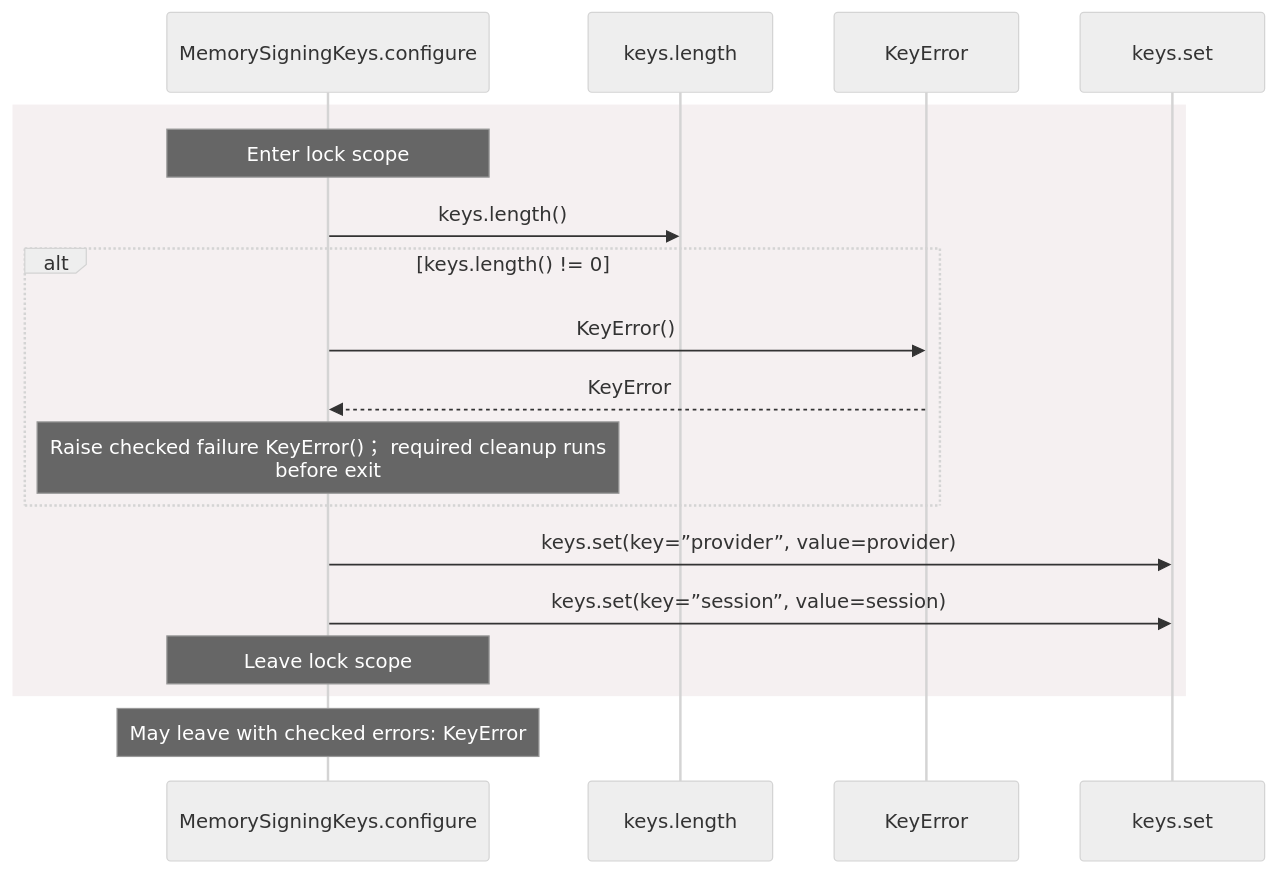
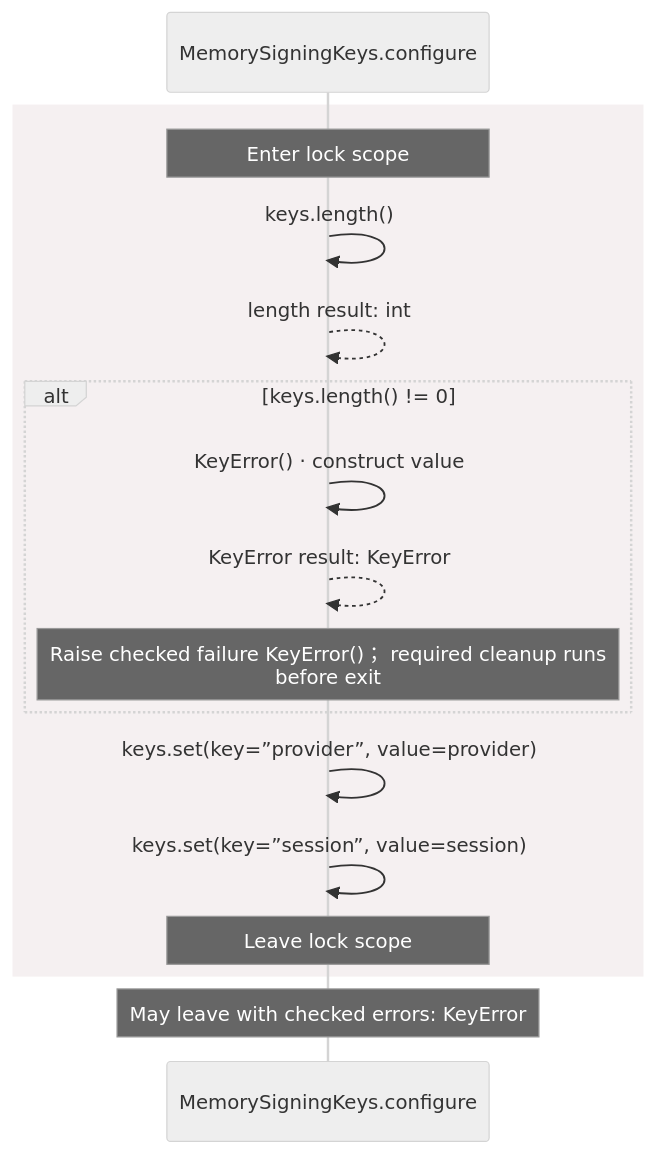
The third of 6 diagrams in docs/examples/oidc-login/common/keys-diagrams.md (GreenPandaStudios/augscript), drawn with Mermaid (neutral theme) before and after one commit. The commit also changed other lines of this file and 304 other files, not shown here.

Commit message:
Make generated data-flow sequences concise and review every diagram

````diff
--- a/docs/examples/oidc-login/common/keys-diagrams.md
+++ b/docs/examples/oidc-login/common/keys-diagrams.md
@@ -111,20 +88,19 @@
 ```mermaid
 sequenceDiagram
     participant p0 as MemorySigningKeys.configure
-    participant p1 as keys.length
-    participant p2 as KeyError
-    participant p3 as keys.set
+
     rect rgb(245, 240, 241)
     Note over p0: Enter lock scope
-    p0->>p1: keys.length()
+    p0->>p0: keys.length()
+    p0-->>p0: length result: int
     alt keys.length() != 0
-    p0->>p2: KeyError()
-    p2-->>p0: KeyError
+    p0->>p0: KeyError() · construct value
+    p0-->>p0: KeyError result: KeyError
     Note over p0: Raise checked failure KeyError()； required cleanup runs<br/>before exit
     end
-    p0->>p3: keys.set(key=”provider”, value=provider)
-    p0->>p3: keys.set(key=”session”, value=session)
+    p0->>p0: keys.set(key=”provider”, value=provider)
+    p0->>p0: keys.set(key=”session”, value=session)
     Note over p0: Leave lock scope
     end
     Note over p0: May leave with checked errors: KeyError
 ```
````
